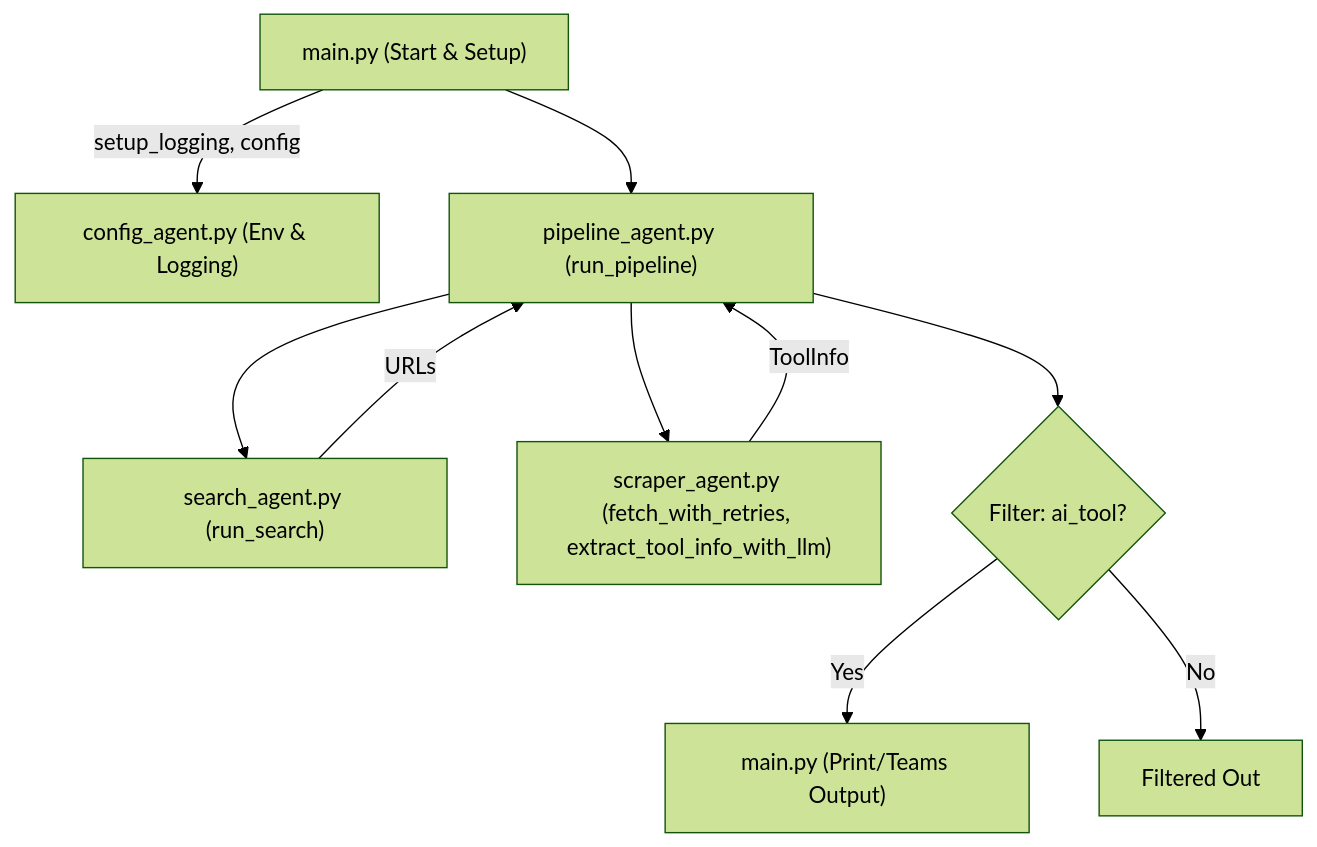
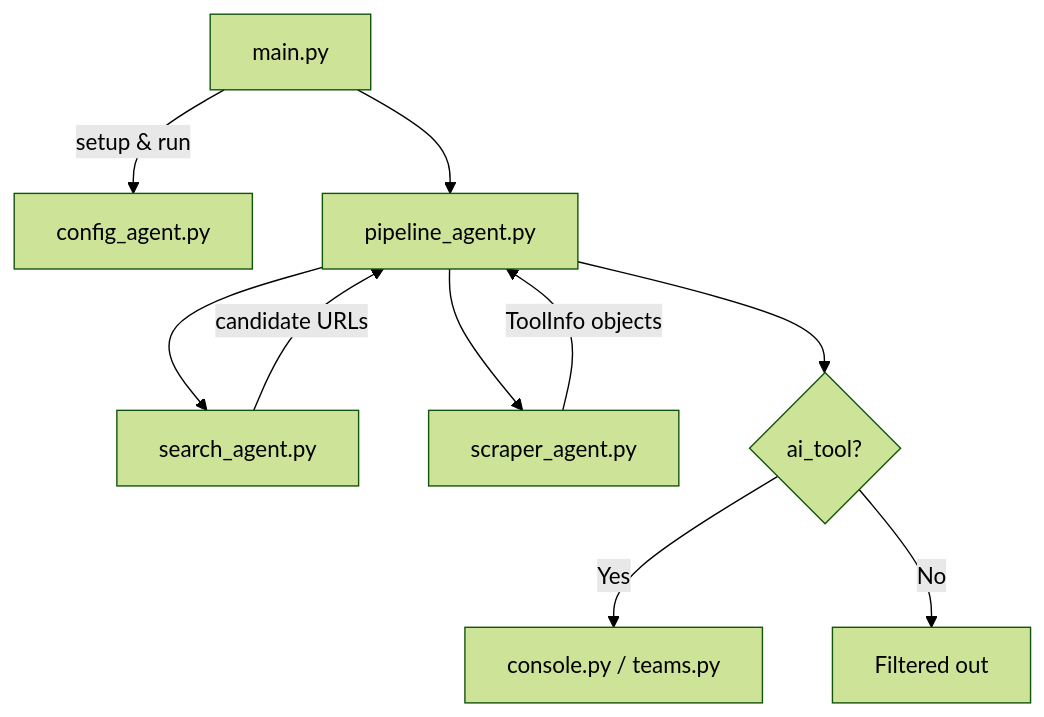
Before and after one commit to Adit-Jain-srm/AI_Agent-Weekly-Discovery: the diagram in README.md, drawn with Mermaid (forest theme). The commit also changed other lines of this file and 20 other files, not shown here.

````diff
--- a/README.md
+++ b/README.md
@@ -168,12 +45,12 @@
 ```mermaid
 graph TD
-    A["main.py (Start & Setup)"] -->|setup_logging, config| B["config_agent.py (Env & Logging)"]
-    A --> C["pipeline_agent.py (run_pipeline)"]
-    C --> D["search_agent.py (run_search)"]
-    D -->|URLs| C
-    C --> E["scraper_agent.py (fetch_with_retries, extract_tool_info_with_llm)"]
-    E -->|ToolInfo| C
-    C --> F{"Filter: ai_tool?"}
-    F -- Yes --> G["main.py (Print/Teams Output)"]
-    F -- No --> H["Filtered Out"]
+    A["main.py"] -->|setup & run| B["config_agent.py"]
+    A --> C["pipeline_agent.py"]
+    C --> D["search_agent.py"]
+    D -->|candidate URLs| C
+    C --> E["scraper_agent.py"]
+    E -->|ToolInfo objects| C
+    C --> F{"ai_tool?"}
+    F -- Yes --> G["console.py / teams.py"]
+    F -- No --> H["Filtered out"]
 ```
````
